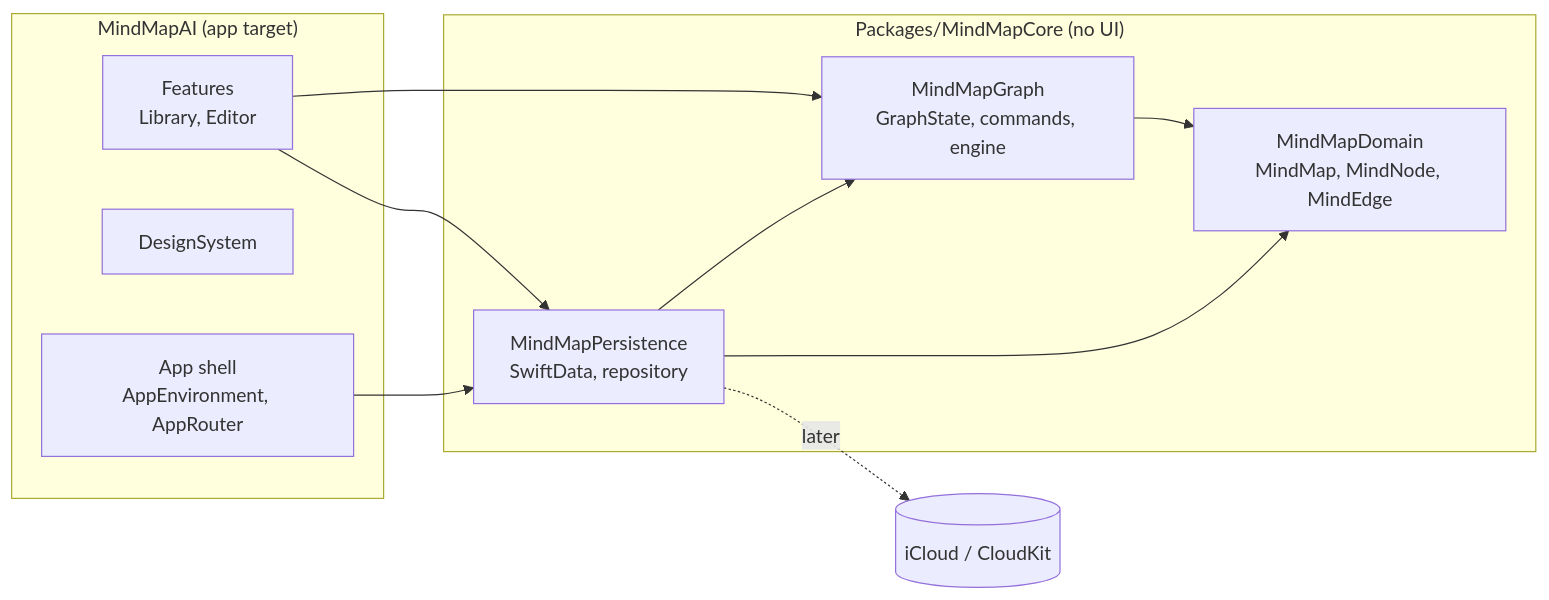
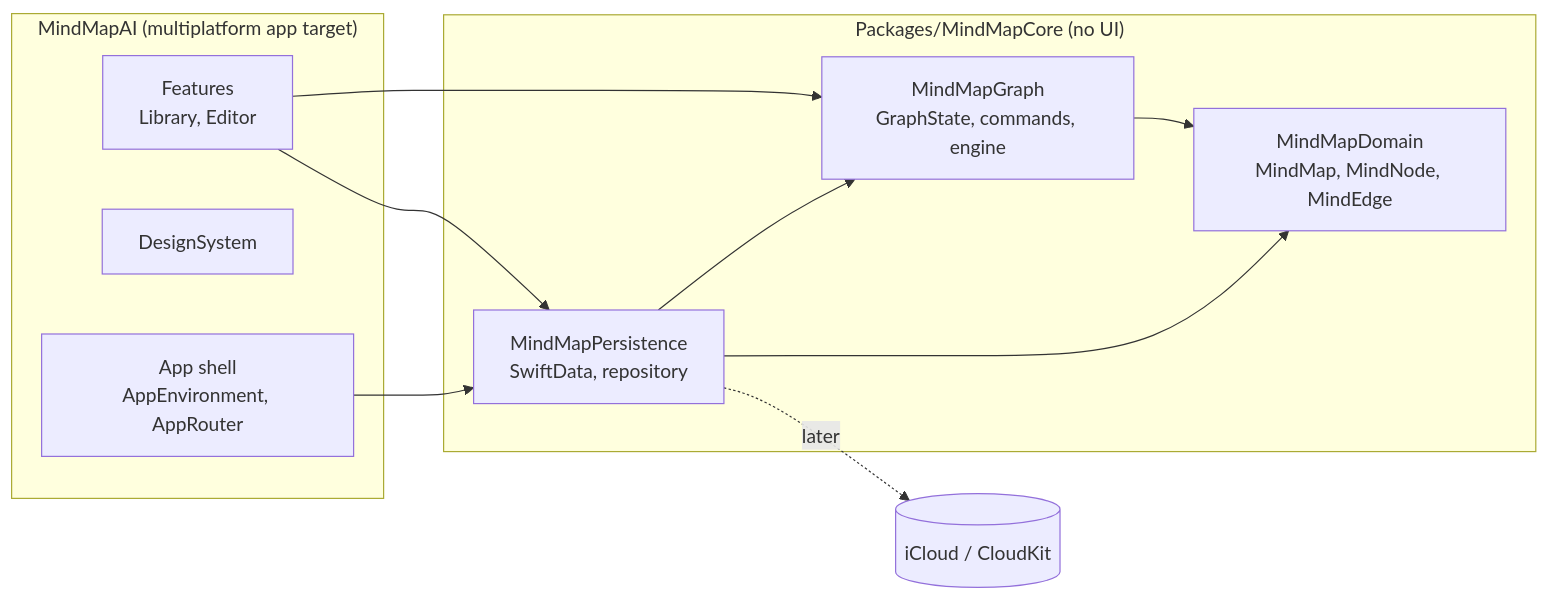
One commit to tdduydev/xdev-mindmap-ai changed the diagram in docs/architecture.md. Above: the diagram before and after it, drawn with Mermaid. The commit also changed other lines of this file and 41 other files, not shown here.

First line of the commit message:
feat: add multiplatform app shell with library and outline editor, macOS first

````diff
--- a/docs/architecture.md
+++ b/docs/architecture.md
@@ -5,20 +5,20 @@
 ```mermaid
 flowchart LR
-  subgraph App["MindMapAI (app target)"]
+  subgraph App["MindMapAI (multiplatform app target)"]
     Features["Features<br/>Library, Editor"]
     DS["DesignSystem"]
     Shell["App shell<br/>AppEnvironment, AppRouter"]
   end
   subgraph Core["Packages/MindMapCore (no UI)"]
     Domain["MindMapDomain<br/>MindMap, MindNode, MindEdge"]
     Graph["MindMapGraph<br/>GraphState, commands, engine"]
     Persistence["MindMapPersistence<br/>SwiftData, repository"]
   end
   Features --> Graph
   Features --> Persistence
   Shell --> Persistence
   Graph --> Domain
   Persistence --> Graph
   Persistence --> Domain
   Persistence -.later.-> CloudKit[(iCloud / CloudKit)]
 ```
````
